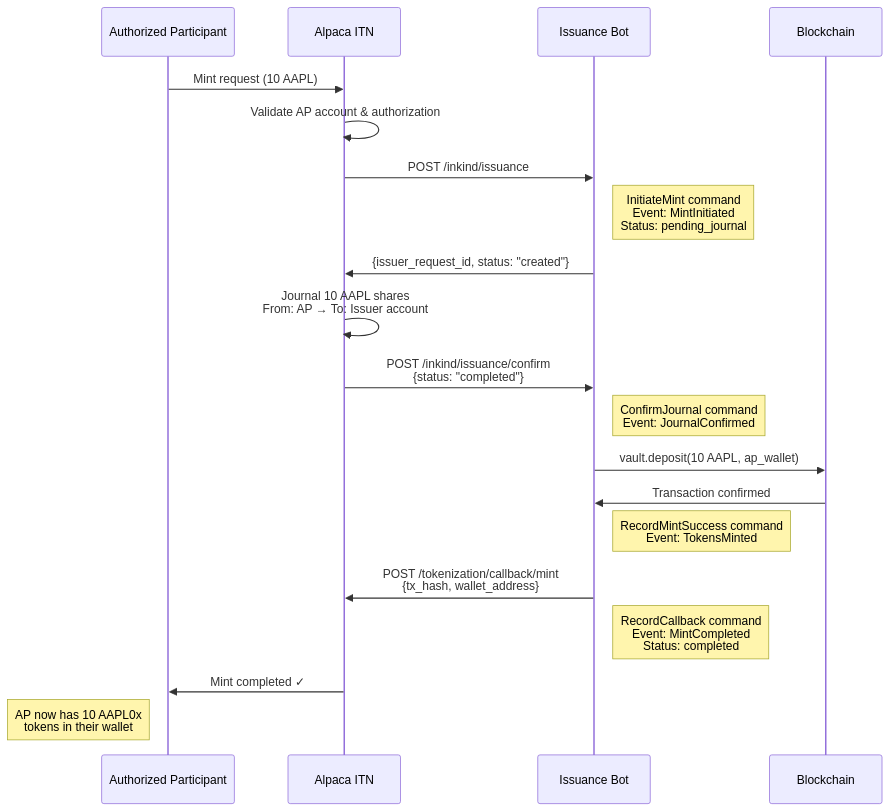
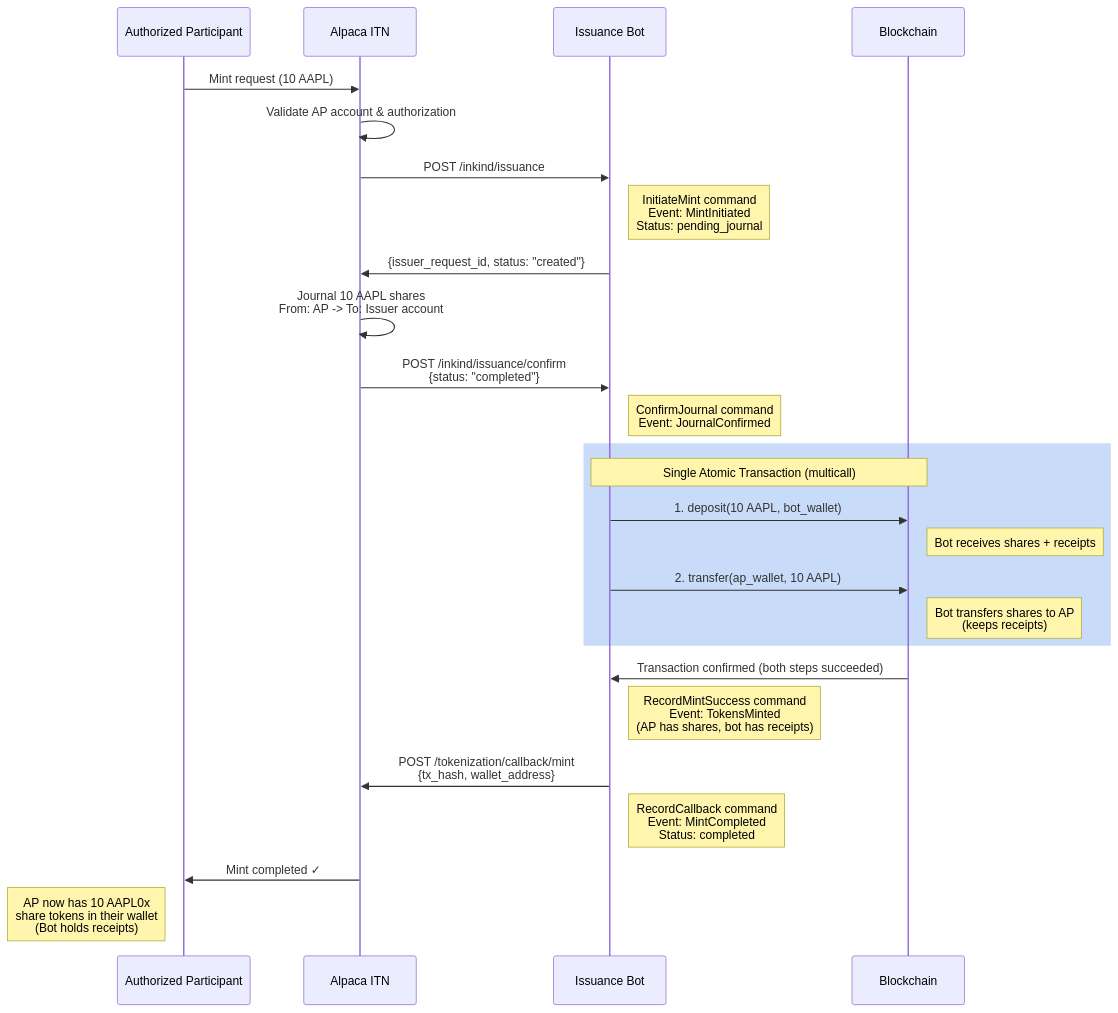
One commit to ST0x-Technology/st0x.issuance changed the second of 6 diagrams in SPEC.md. Above: the diagram before and after it, drawn with Mermaid. The commit also changed other lines of this file, not shown here.

Commit message:
update the spec to reflect the correct mint flow

````diff
--- a/SPEC.md
+++ b/SPEC.md
@@ -455,27 +468,33 @@
 ```mermaid
 sequenceDiagram
     participant AP as Authorized Participant
     participant Alpaca as Alpaca ITN
     participant Us as Issuance Bot
     participant Blockchain as Blockchain
 
     AP->>Alpaca: Mint request (10 AAPL)
     Alpaca->>Alpaca: Validate AP account & authorization
     Alpaca->>Us: POST /inkind/issuance
     Note right of Us: InitiateMint command<br/>Event: MintInitiated<br/>Status: pending_journal
     Us->>Alpaca: {issuer_request_id, status: "created"}
 
-    Alpaca->>Alpaca: Journal 10 AAPL shares<br/>From: AP → To: Issuer account
+    Alpaca->>Alpaca: Journal 10 AAPL shares<br/>From: AP -> To: Issuer account
     Alpaca->>Us: POST /inkind/issuance/confirm<br/>{status: "completed"}
     Note right of Us: ConfirmJournal command<br/>Event: JournalConfirmed
 
-    Us->>Blockchain: vault.deposit(10 AAPL, ap_wallet)
-    Blockchain->>Us: Transaction confirmed
-    Note right of Us: RecordMintSuccess command<br/>Event: TokensMinted
+    rect rgb(200, 220, 250)
+        Note over Us,Blockchain: Single Atomic Transaction (multicall)
+        Us->>Blockchain: 1. deposit(10 AAPL, bot_wallet)
+        Note right of Blockchain: Bot receives shares + receipts
+        Us->>Blockchain: 2. transfer(ap_wallet, 10 AAPL)
+        Note right of Blockchain: Bot transfers shares to AP<br/>(keeps receipts)
+    end
+    Blockchain->>Us: Transaction confirmed (both steps succeeded)
+    Note right of Us: RecordMintSuccess command<br/>Event: TokensMinted<br/>(AP has shares, bot has receipts)
 
     Us->>Alpaca: POST /tokenization/callback/mint<br/>{tx_hash, wallet_address}
     Note right of Us: RecordCallback command<br/>Event: MintCompleted<br/>Status: completed
 
     Alpaca->>AP: Mint completed ✓
-    Note left of AP: AP now has 10 AAPL0x<br/>tokens in their wallet
+    Note left of AP: AP now has 10 AAPL0x<br/>share tokens in their wallet<br/>(Bot holds receipts)
 ```
````
